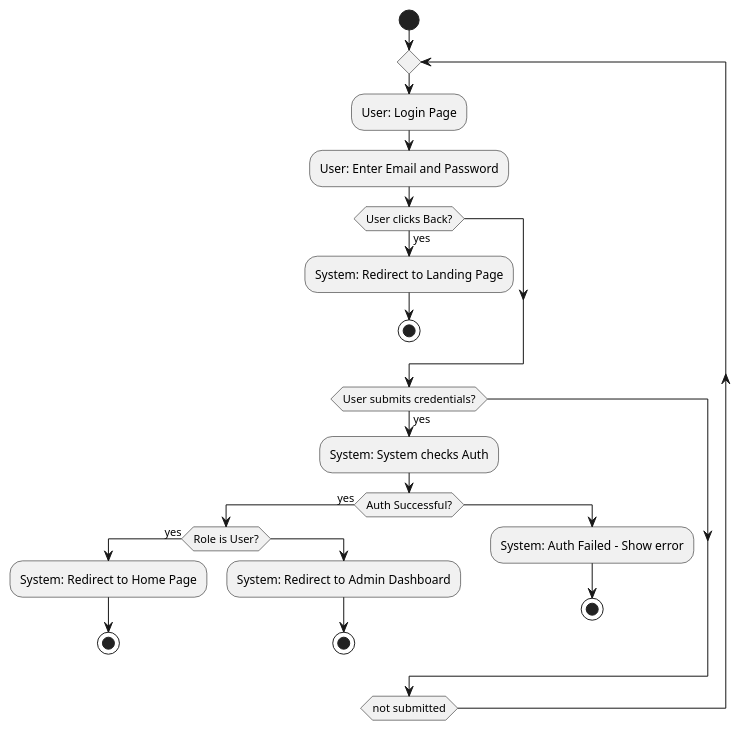
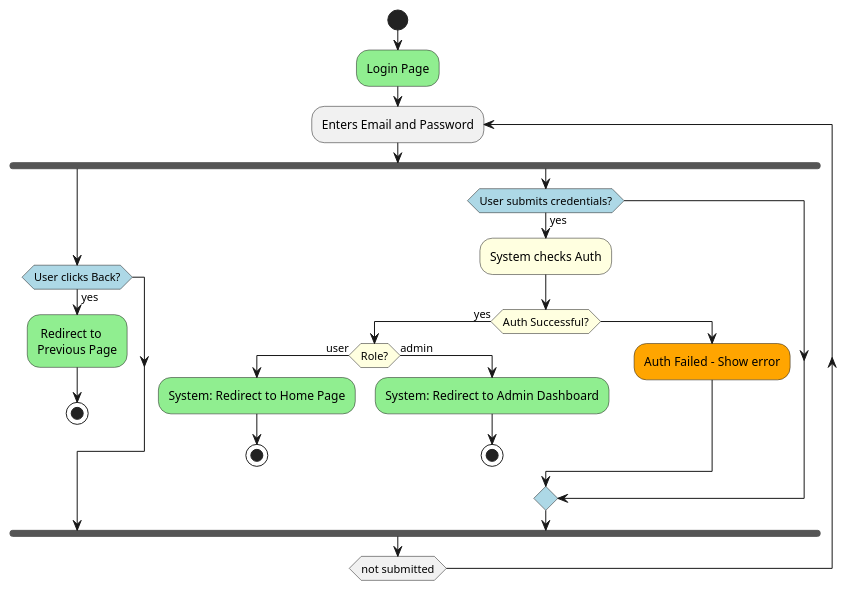
One commit to MuhannadYazbak/ecommerce changed the diagram in src/components/login/LoginDiagram.puml. Above: the diagram before and after it, drawn with PlantUML. The commit also changed 13 other files, not shown here.

Commit message:
Activity PlantUML for all pages

```diff
--- a/src/components/login/LoginDiagram.puml
+++ b/src/components/login/LoginDiagram.puml
@@ -1,39 +1,28 @@
-@startuml
-skinparam backgroundColor #ffffff
-skinparam activity {
-    backgroundColor<<user>> #00bfffff
-    backgroundColor<<system>> #f0f05aff
-    BorderColor black
-    FontColor black
-}
-
+@startuml LoginDiagram
 start
-
-repeat
-  
-  :User: Login Page;
-  :User: Enter Email and Password;
-
-  if (User clicks Back?) then (yes)
-    :System: Redirect to Landing Page;
+#lightgreen:Login Page;
+repeat :Enters Email and Password;
+  fork
+  #lightblue:if (User clicks Back?) then (yes)
+    #lightgreen: Redirect to\nPrevious Page;
     stop
   endif
-
-  if (User submits credentials?) then (yes)
-    :System: System checks Auth;
-    if (Auth Successful?) then (yes)
-      if (Role is User?) then (yes)
-        :System: Redirect to Home Page;
+  fork again
+  #lightblue:if (User submits credentials?) then (yes)
+    #lightyellow:System checks Auth;
+    #lightyellow:if (Auth Successful?) then (yes)
+      #lightyellow:if (Role?) then (user)
+        #lightgreen:System: Redirect to Home Page;
         stop
-      else
-        :System: Redirect to Admin Dashboard;
+      else(admin)
+        #lightgreen:System: Redirect to Admin Dashboard;
         stop
       endif
     else
-      :System: Auth Failed - Show error;
-      stop
+      #orange:Auth Failed - Show error;
     endif
   endif
+  end fork
 repeat while (not submitted)
 
 @enduml
```
